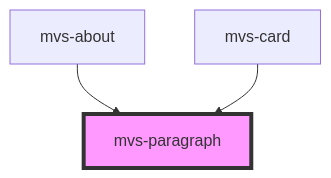
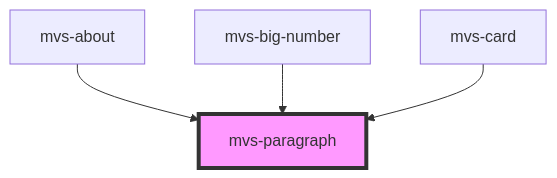
The diagram in src/components/typography/mvs-paragraph/readme.md (rafaela-vairo/mvs-design-system), drawn with Mermaid before and after one commit. The commit also changed other lines of this file and 13 other files, not shown here.

````diff
--- a/src/components/typography/mvs-paragraph/readme.md
+++ b/src/components/typography/mvs-paragraph/readme.md
@@ -24,6 +25,7 @@
 ```mermaid
 graph TD;
   mvs-about --> mvs-paragraph
+  mvs-big-number --> mvs-paragraph
   mvs-card --> mvs-paragraph
   style mvs-paragraph fill:#f9f,stroke:#333,stroke-width:4px
 ```
````
